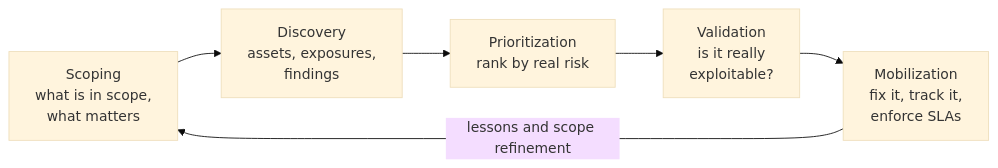
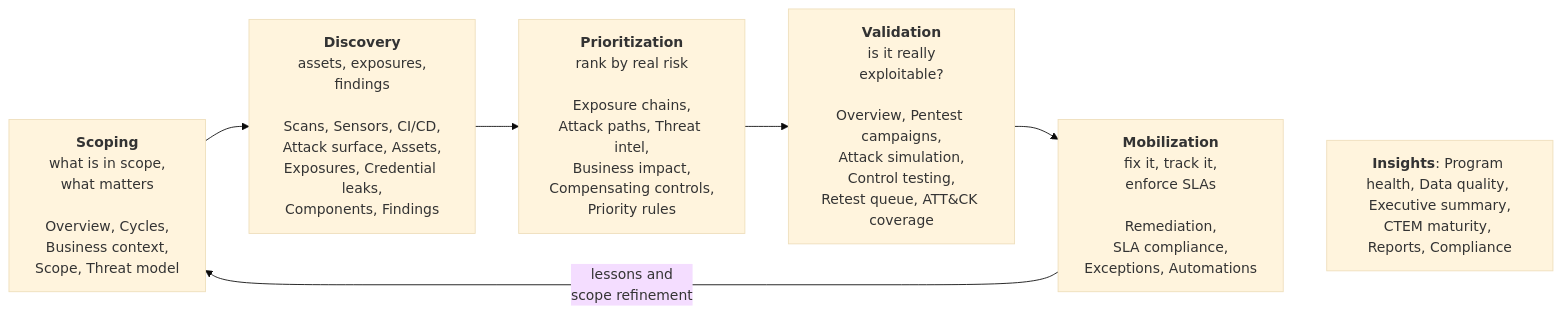
The diagram in user-guide/index.md (openctemio/docs), drawn with Mermaid (base theme) before and after one commit. The commit also changed other lines of this file and 13 other files, not shown here.

First line of the commit message:
docs: architecture, flow and data-model diagrams

````diff
--- a/user-guide/index.md
+++ b/user-guide/index.md
@@ -27,8 +27,12 @@
 ```mermaid
 flowchart LR
-  S[Scoping<br/>what is in scope,<br/>what matters] --> D[Discovery<br/>assets, exposures,<br/>findings]
-  D --> P[Prioritization<br/>rank by real risk]
-  P --> V[Validation<br/>is it really<br/>exploitable?]
-  V --> M[Mobilization<br/>fix it, track it,<br/>enforce SLAs]
-  M -->|lessons and scope refinement| S
+    S["<b>Scoping</b><br/>what is in scope,<br/>what matters<br/><br/>Overview, Cycles,<br/>Business context,<br/>Scope, Threat model"]
+    D["<b>Discovery</b><br/>assets, exposures,<br/>findings<br/><br/>Scans, Sensors, CI/CD,<br/>Attack surface, Assets,<br/>Exposures, Credential leaks,<br/>Components, Findings"]
+    P["<b>Prioritization</b><br/>rank by real risk<br/><br/>Exposure chains,<br/>Attack paths, Threat intel,<br/>Business impact,<br/>Compensating controls,<br/>Priority rules"]
+    V["<b>Validation</b><br/>is it really<br/>exploitable?<br/><br/>Overview, Pentest campaigns,<br/>Attack simulation,<br/>Control testing,<br/>Retest queue, ATT&CK coverage"]
+    M["<b>Mobilization</b><br/>fix it, track it,<br/>enforce SLAs<br/><br/>Remediation,<br/>SLA compliance,<br/>Exceptions, Automations"]
+    S --> D --> P --> V --> M
+    M -->|"lessons and<br/>scope refinement"| S
+    I["<b>Insights</b>: Program health, Data quality, Executive summary,<br/>CTEM maturity, Reports, Compliance"]
+    M ~~~ I
 ```
````
